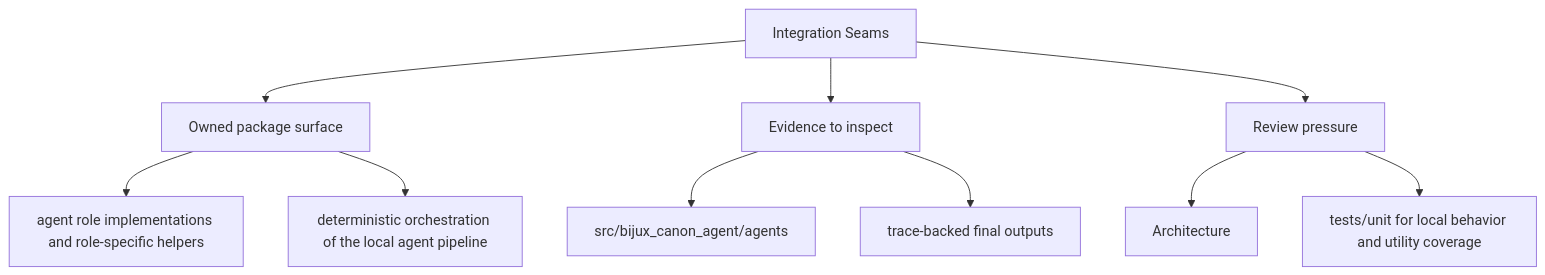
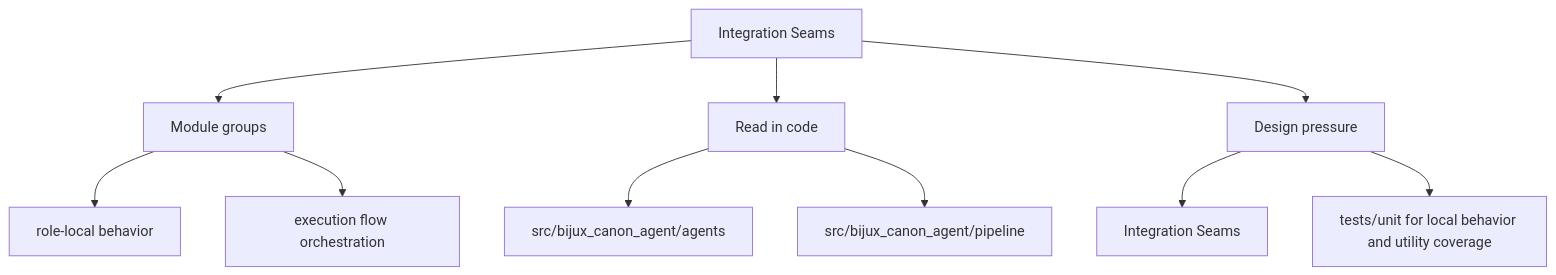
One commit to bijux/bijux-canon changed the second of 2 diagrams in docs/bijux-canon-agent/architecture/integration-seams.md. Above: the diagram before and after it, drawn with Mermaid. The commit also changed other lines of this file and 250 other files, not shown here.

Commit message:
docs(diagrams): make product page maps more readable

````diff
--- a/docs/bijux-canon-agent/architecture/integration-seams.md
+++ b/docs/bijux-canon-agent/architecture/integration-seams.md
@@ -35,22 +35,22 @@
 ```mermaid
 flowchart TD
     page["Integration Seams"]
-    focus1["Owned package surface"]
+    focus1["Module groups"]
     page --> focus1
-    focus1_1["agent role implementations and role-specific helpers"]
+    focus1_1["role-local behavior"]
     focus1 --> focus1_1
-    focus1_2["deterministic orchestration of the local agent pipeline"]
+    focus1_2["execution flow orchestration"]
     focus1 --> focus1_2
-    focus2["Evidence to inspect"]
+    focus2["Read in code"]
     page --> focus2
     focus2_1["src/bijux_canon_agent/agents"]
     focus2 --> focus2_1
-    focus2_2["trace-backed final outputs"]
+    focus2_2["src/bijux_canon_agent/pipeline"]
     focus2 --> focus2_2
-    focus3["Review pressure"]
+    focus3["Design pressure"]
     page --> focus3
-    focus3_1["Architecture"]
+    focus3_1["Integration Seams"]
     focus3 --> focus3_1
     focus3_2["tests/unit for local behavior and utility coverage"]
     focus3 --> focus3_2
 ```
````
